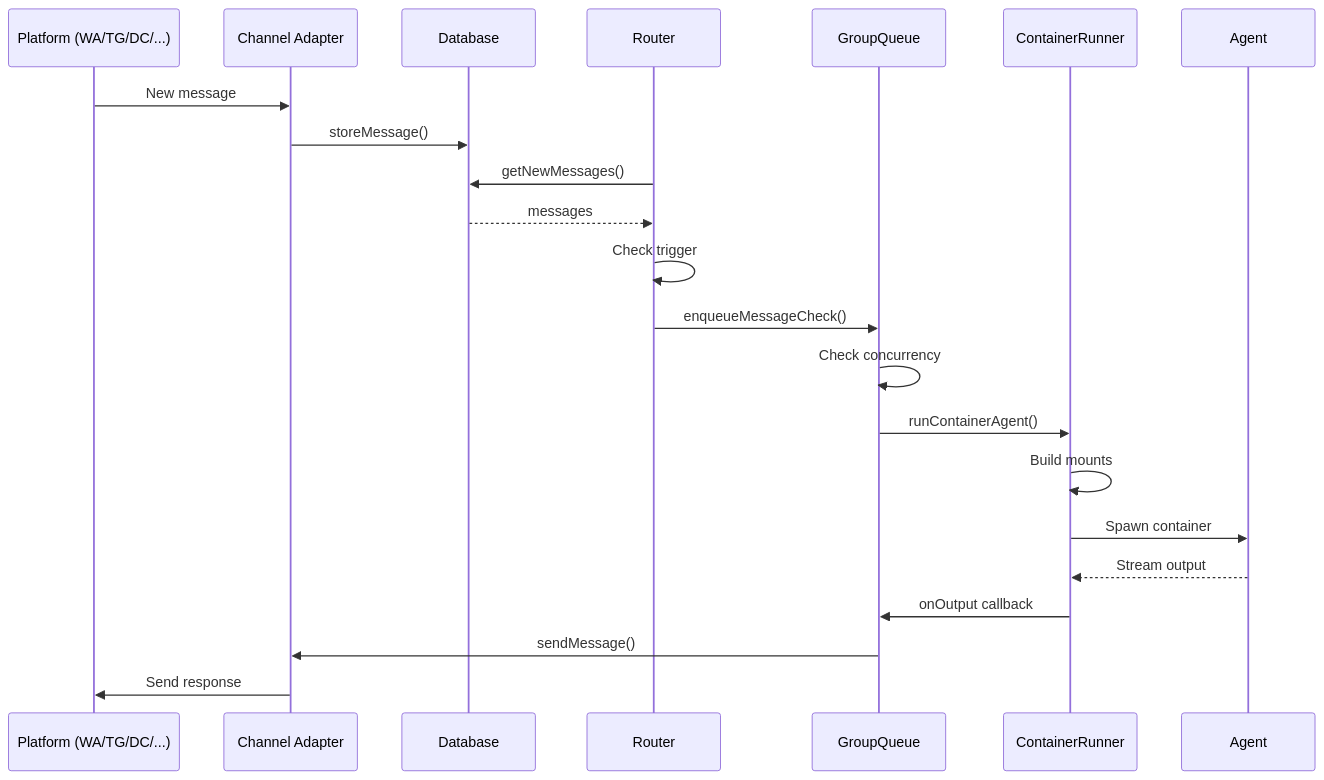
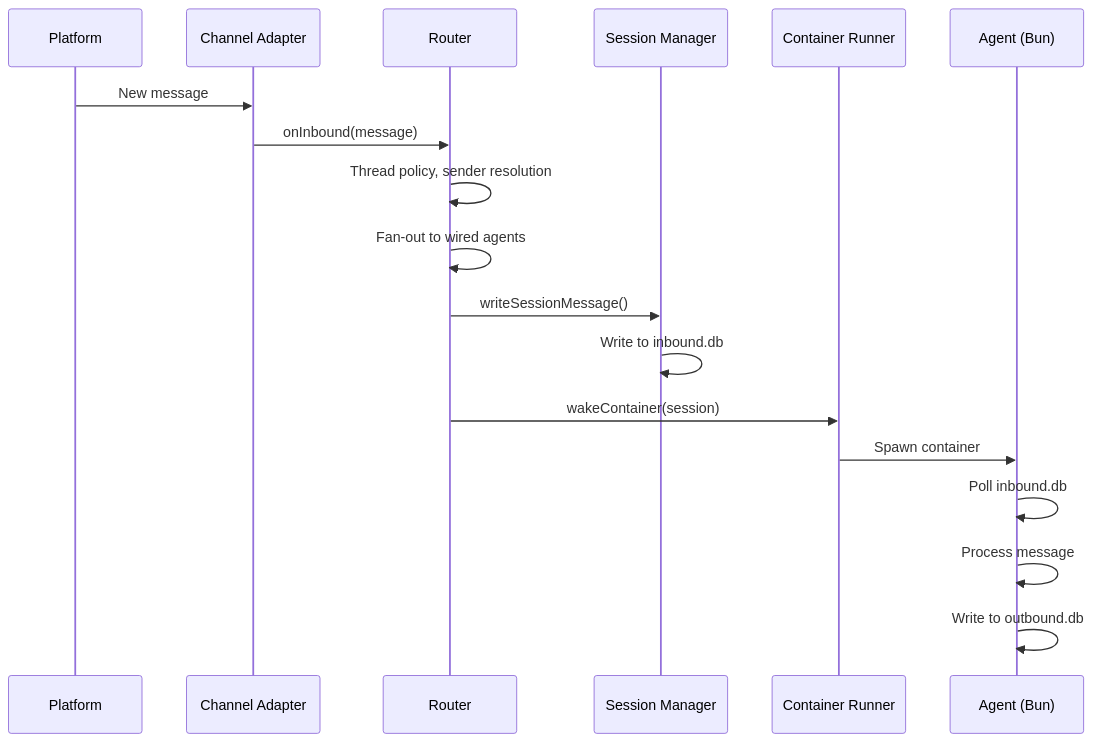
Before and after one commit to glifocat/nanoclaw-docs: the second of 3 diagrams in concepts/architecture.mdx, drawn with Mermaid. The commit also changed other lines of this file and 14 other files, not shown here.

First line of the commit message:
docs: update documentation for v2.0.0 architectural rewrite (#187)

````diff
--- a/concepts/architecture.mdx
+++ b/concepts/architecture.mdx
@@ -163,25 +147,21 @@
 ```mermaid
 sequenceDiagram
-    participant PL as Platform (WA/TG/DC/...)
-    participant CH as Channel Adapter
-    participant DB as Database
+    participant PL as Platform
+    participant CA as Channel Adapter
     participant RT as Router
-    participant GQ as GroupQueue
-    participant CR as ContainerRunner
-    participant AG as Agent
+    participant SM as Session Manager
+    participant CR as Container Runner
+    participant AG as Agent (Bun)
 
-    PL->>CH: New message
-    CH->>DB: storeMessage()
-    RT->>DB: getNewMessages()
-    DB-->>RT: messages
-    RT->>RT: Check trigger
-    RT->>GQ: enqueueMessageCheck()
-    GQ->>GQ: Check concurrency
-    GQ->>CR: runContainerAgent()
-    CR->>CR: Build mounts
+    PL->>CA: New message
+    CA->>RT: onInbound(message)
+    RT->>RT: Thread policy, sender resolution
+    RT->>RT: Fan-out to wired agents
+    RT->>SM: writeSessionMessage()
+    SM->>SM: Write to inbound.db
+    RT->>CR: wakeContainer(session)
     CR->>AG: Spawn container
-    AG-->>CR: Stream output
-    CR->>GQ: onOutput callback
-    GQ->>CH: sendMessage()
-    CH->>PL: Send response
+    AG->>AG: Poll inbound.db
+    AG->>AG: Process message
+    AG->>AG: Write to outbound.db
 ```
````
